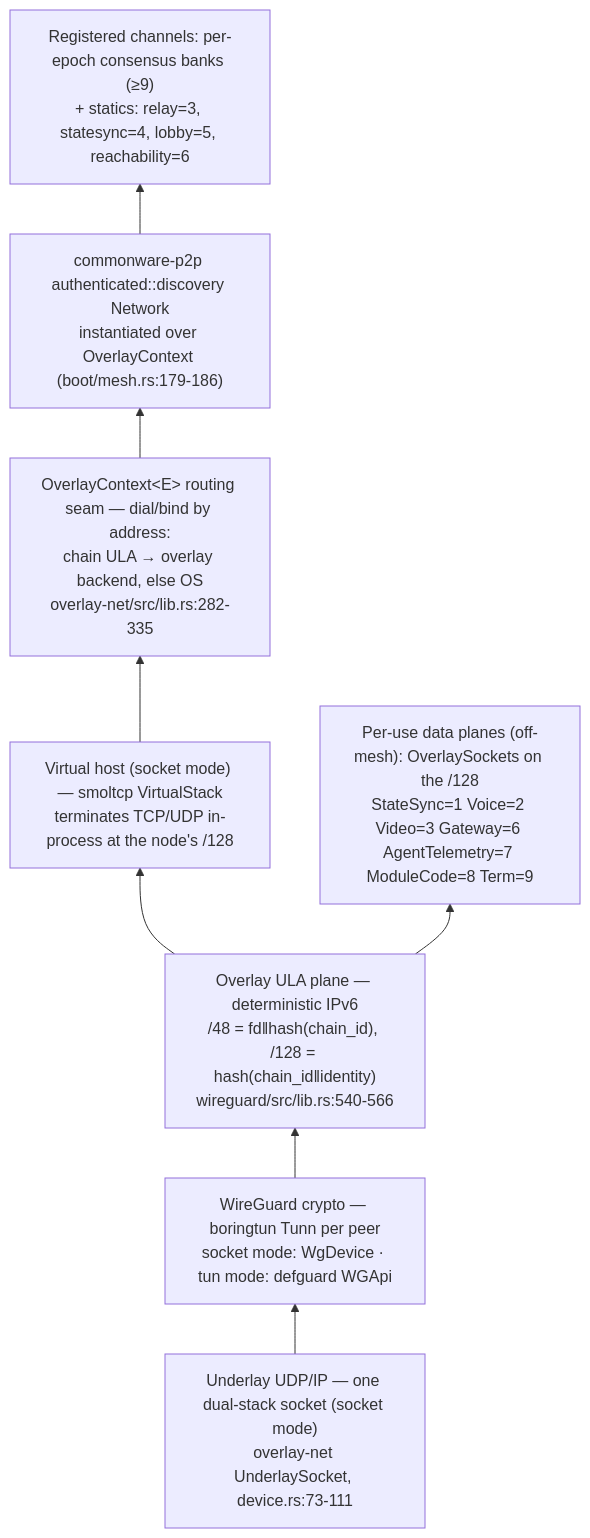
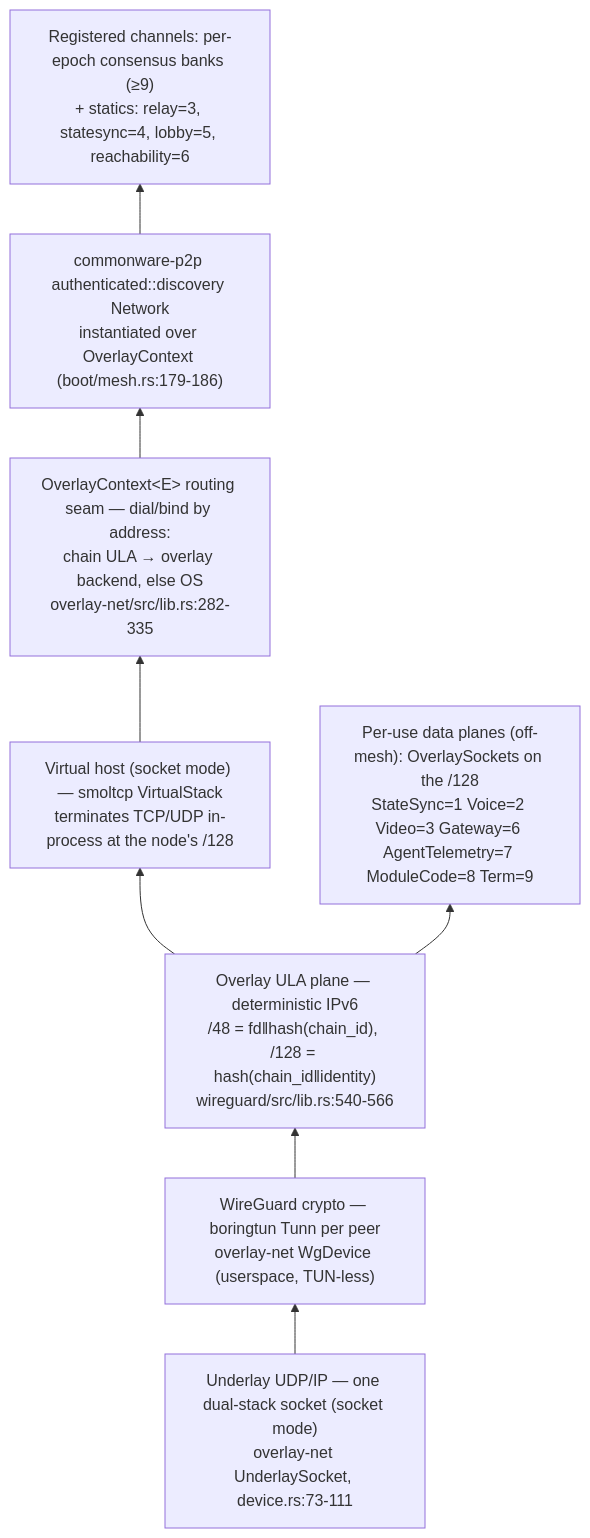
One commit to orthory/ducktape changed the second of 3 diagrams in docs/records/architecture/2026-07-16-system-architecture.md. Above: the diagram before and after it, drawn with Mermaid. The commit also changed other lines of this file and 24 other files, not shown here.

````diff
--- a/docs/records/architecture/2026-07-16-system-architecture.md
+++ b/docs/records/architecture/2026-07-16-system-architecture.md
@@ -393,13 +393,13 @@
 ```mermaid
 flowchart BT
     udp["Underlay UDP/IP — one dual-stack socket (socket mode)<br/>overlay-net UnderlaySocket, device.rs:73-111"]
-    wg["WireGuard crypto — boringtun Tunn per peer<br/>socket mode: WgDevice · tun mode: defguard WGApi"]
+    wg["WireGuard crypto — boringtun Tunn per peer<br/>overlay-net WgDevice (userspace, TUN-less)"]
     ula["Overlay ULA plane — deterministic IPv6<br/>/48 = fd‖hash(chain_id), /128 = hash(chain_id‖identity)<br/>wireguard/src/lib.rs:540-566"]
     vhost["Virtual host (socket mode) — smoltcp VirtualStack<br/>terminates TCP/UDP in-process at the node's /128"]
     seam["OverlayContext&lt;E&gt; routing seam — dial/bind by address:<br/>chain ULA → overlay backend, else OS<br/>overlay-net/src/lib.rs:282-335"]
     p2p["commonware-p2p authenticated::discovery Network<br/>instantiated over OverlayContext (boot/mesh.rs:179-186)"]
     chans["Registered channels: per-epoch consensus banks (≥9)<br/>+ statics: relay=3, statesync=4, lobby=5, reachability=6"]
     dp["Per-use data planes (off-mesh): OverlaySockets on the /128<br/>StateSync=1 Voice=2 Video=3 Gateway=6 AgentTelemetry=7 ModuleCode=8 Term=9"]
     udp --> wg --> ula --> vhost --> seam --> p2p --> chans
     ula --> dp
 ```
````
